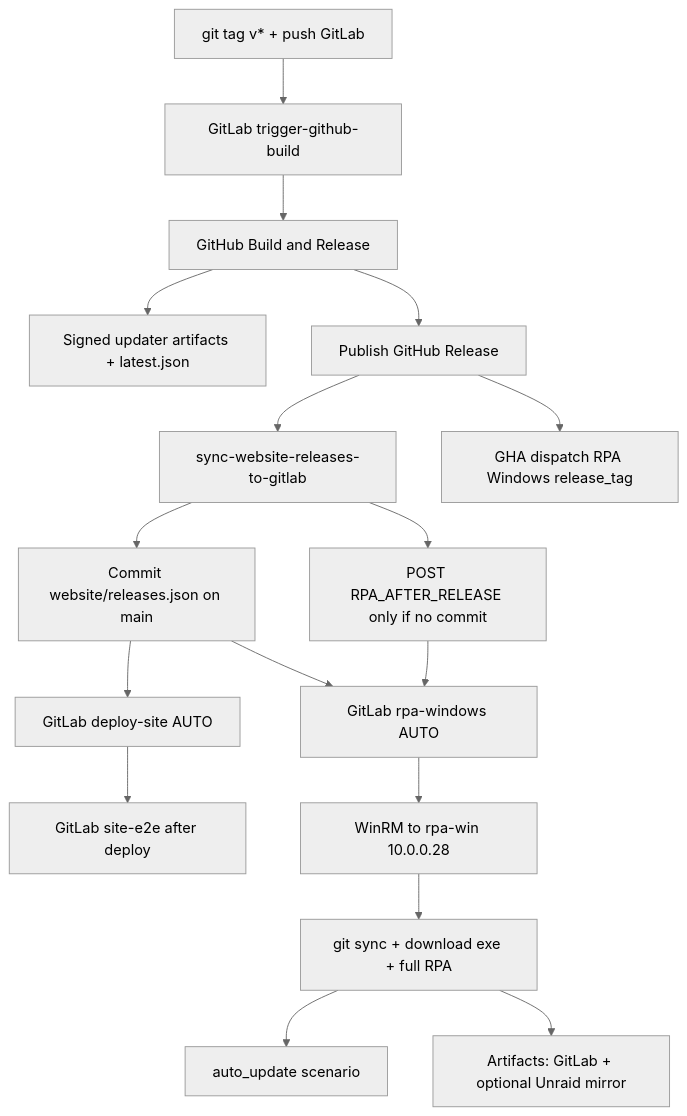
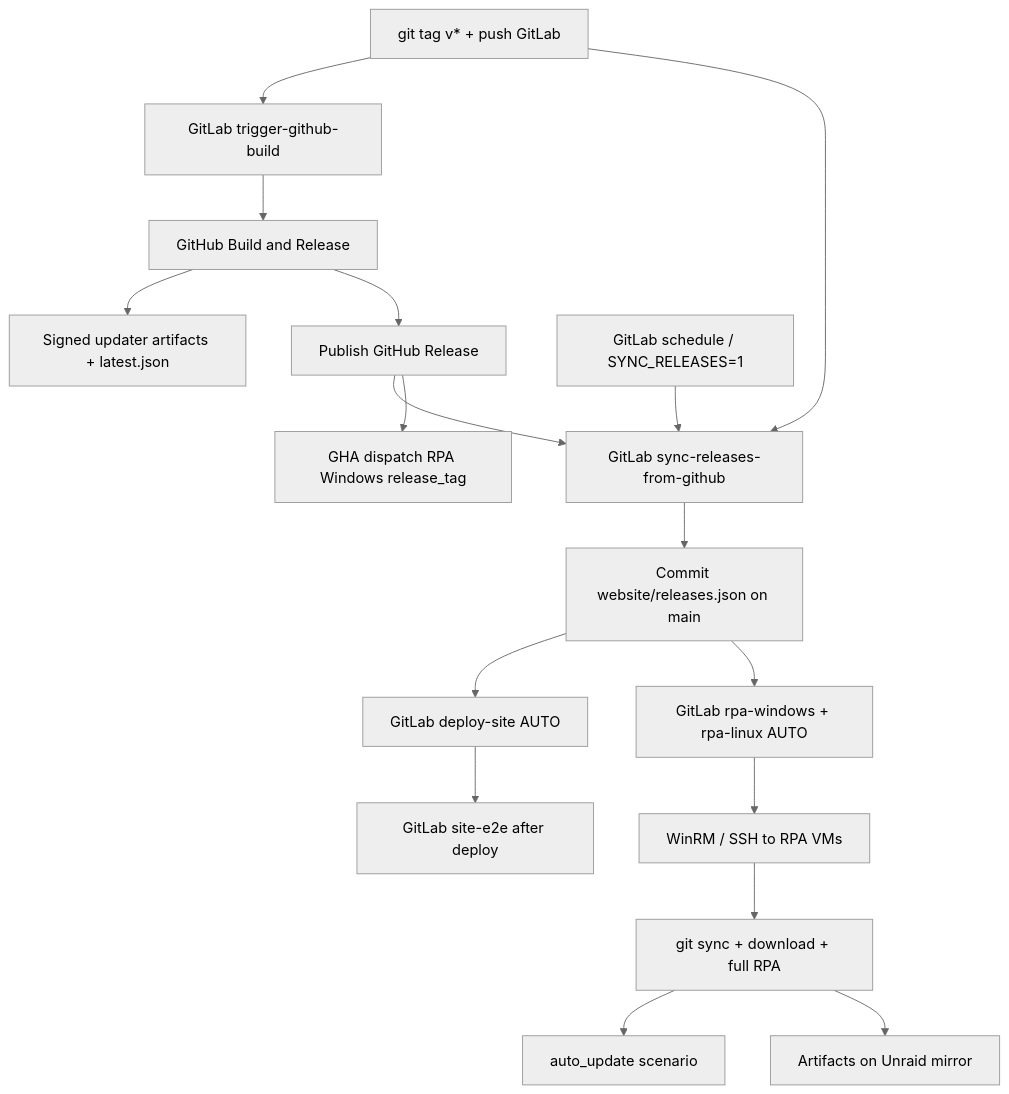
One commit to dadhatdaniel/void-browser changed the diagram in docs/RELEASE_PIPELINE.md. Above: the diagram before and after it, drawn with Mermaid (neutral theme). The commit also changed other lines of this file and 5 other files, not shown here.

First line of the commit message:
ci: hide optional Play stubs; GitLab sole releases.json sync.

````diff
--- a/docs/RELEASE_PIPELINE.md
+++ b/docs/RELEASE_PIPELINE.md
@@ -5,19 +5,19 @@
 ```mermaid
 flowchart TD
   A["git tag v* + push GitLab"] --> B["GitLab trigger-github-build"]
   B --> C["GitHub Build and Release"]
   C --> D["Signed updater artifacts + latest.json"]
   C --> E["Publish GitHub Release"]
-  E --> F["sync-website-releases-to-gitlab"]
+  A --> F["GitLab sync-releases-from-github"]
+  E --> F
   F --> G["Commit website/releases.json on main"]
   G --> H["GitLab deploy-site AUTO"]
   H --> I["GitLab site-e2e after deploy"]
-  G --> J["GitLab rpa-windows AUTO"]
-  F --> K["POST RPA_AFTER_RELEASE only if no commit"]
-  K --> J
-  J --> L["WinRM to rpa-win 10.0.0.28"]
-  L --> M["git sync + download exe + full RPA"]
+  G --> J["GitLab rpa-windows + rpa-linux AUTO"]
+  J --> L["WinRM / SSH to RPA VMs"]
+  L --> M["git sync + download + full RPA"]
   M --> N["auto_update scenario"]
-  M --> O["Artifacts: GitLab + optional Unraid mirror"]
+  M --> O["Artifacts on Unraid mirror"]
   E --> P["GHA dispatch RPA Windows release_tag"]
+  S["GitLab schedule / SYNC_RELEASES=1"] --> F
 ```
````
